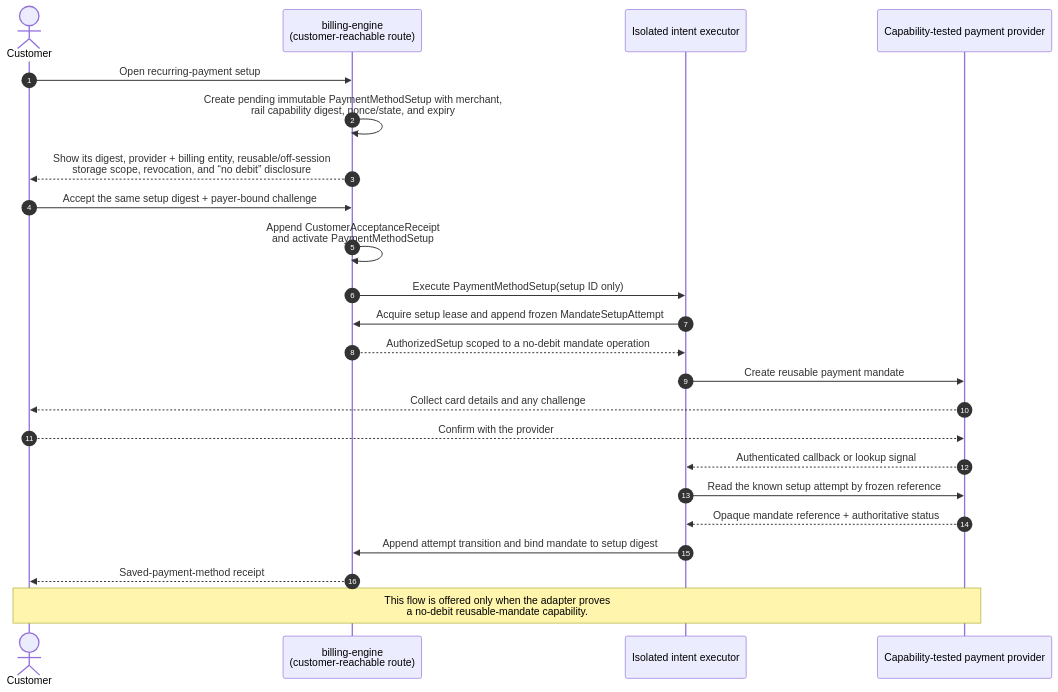
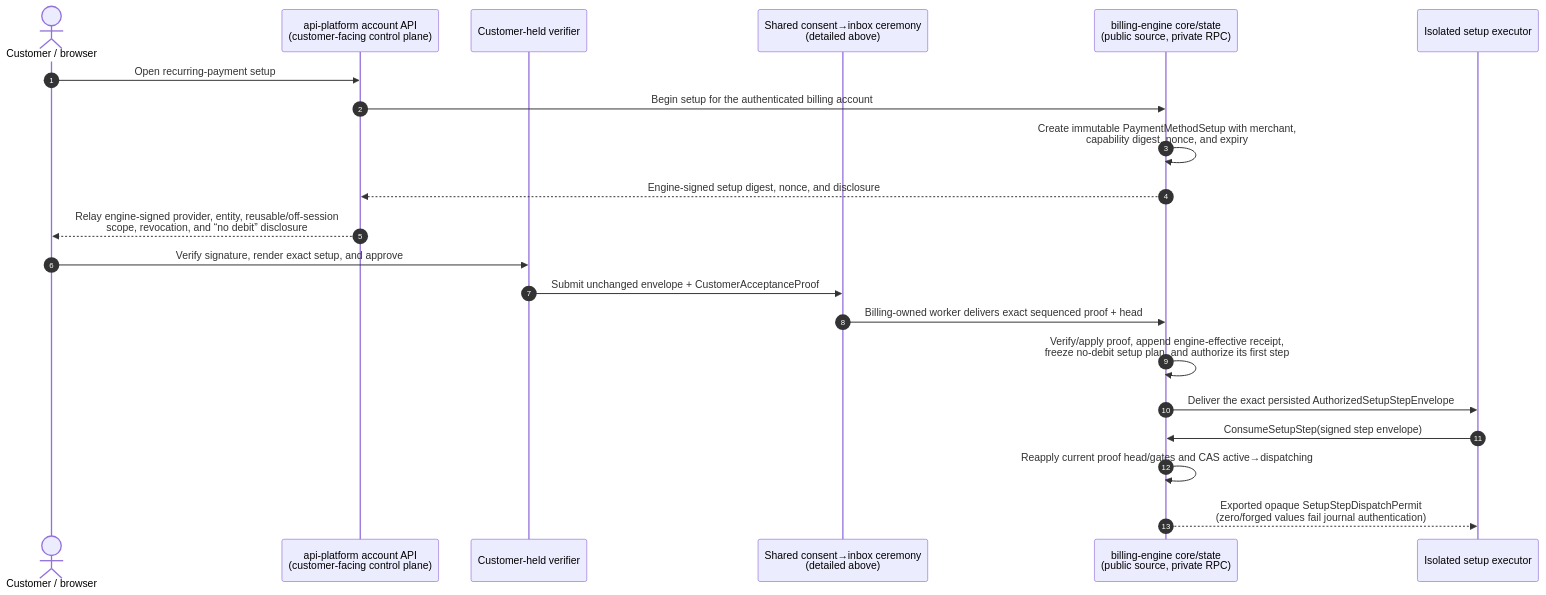
The second of 17 diagrams in README.md (mirrorstack-ai/billing-engine), drawn with Mermaid before and after one commit. The commit also changed other lines of this file and 8 other files, not shown here.

Commit message:
docs: harden intent-only billing architecture

````diff
--- a/README.md
+++ b/README.md
@@ -113,26 +305,24 @@
 ```mermaid
 sequenceDiagram
     autonumber
-    actor Customer
-    participant Engine as billing-engine<br/>(customer-reachable route)
-    participant Executor as Isolated intent executor
-    participant Provider as Capability-tested payment provider
+    actor Customer as Customer / browser
+    participant API as api-platform account API<br/>(customer-facing control plane)
+    participant Verifier as Customer-held verifier
+    participant Proof as Shared consent→inbox ceremony<br/>(detailed above)
+    participant Core as billing-engine core/state<br/>(public source, private RPC)
+    participant Executor as Isolated setup executor
 
-    Customer->>Engine: Open recurring-payment setup
-    Engine->>Engine: Create pending immutable PaymentMethodSetup with merchant,<br/>rail capability digest, nonce/state, and expiry
-    Engine-->>Customer: Show its digest, provider + billing entity, reusable/off-session<br/>storage scope, revocation, and “no debit” disclosure
-    Customer->>Engine: Accept the same setup digest + payer-bound challenge
-    Engine->>Engine: Append CustomerAcceptanceReceipt<br/>and activate PaymentMethodSetup
-    Engine->>Executor: Execute PaymentMethodSetup(setup ID only)
-    Executor->>Engine: Acquire setup lease and append frozen MandateSetupAttempt
-    Engine-->>Executor: AuthorizedSetup scoped to a no-debit mandate operation
-    Executor->>Provider: Create reusable payment mandate
-    Provider-->>Customer: Collect card details and any challenge
-    Customer-->>Provider: Confirm with the provider
-    Provider-->>Executor: Authenticated callback or lookup signal
-    Executor->>Provider: Read the known setup attempt by frozen reference
-    Provider-->>Executor: Opaque mandate reference + authoritative status
-    Executor->>Engine: Append attempt transition and bind mandate to setup digest
-    Engine-->>Customer: Saved-payment-method receipt
-    Note over Customer,Provider: This flow is offered only when the adapter proves<br/>a no-debit reusable-mandate capability.
+    Customer->>API: Open recurring-payment setup
+    API->>Core: Begin setup for the authenticated billing account
+    Core->>Core: Create immutable PaymentMethodSetup with merchant,<br/>capability digest, nonce, and expiry
+    Core-->>API: Engine-signed setup digest, nonce, and disclosure
+    API-->>Customer: Relay engine-signed provider, entity, reusable/off-session<br/>scope, revocation, and “no debit” disclosure
+    Customer->>Verifier: Verify signature, render exact setup, and approve
+    Verifier->>Proof: Submit unchanged envelope + CustomerAcceptanceProof
+    Proof->>Core: Billing-owned worker delivers exact sequenced proof + head
+    Core->>Core: Verify/apply proof, append engine-effective receipt,<br/>freeze no-debit setup plan, and authorize its first step
+    Core->>Executor: Deliver the exact persisted AuthorizedSetupStepEnvelope
+    Executor->>Core: ConsumeSetupStep(signed step envelope)
+    Core->>Core: Reapply current proof head/gates and CAS active→dispatching
+    Core-->>Executor: Exported opaque SetupStepDispatchPermit<br/>(zero/forged values fail journal authentication)
 ```
````
